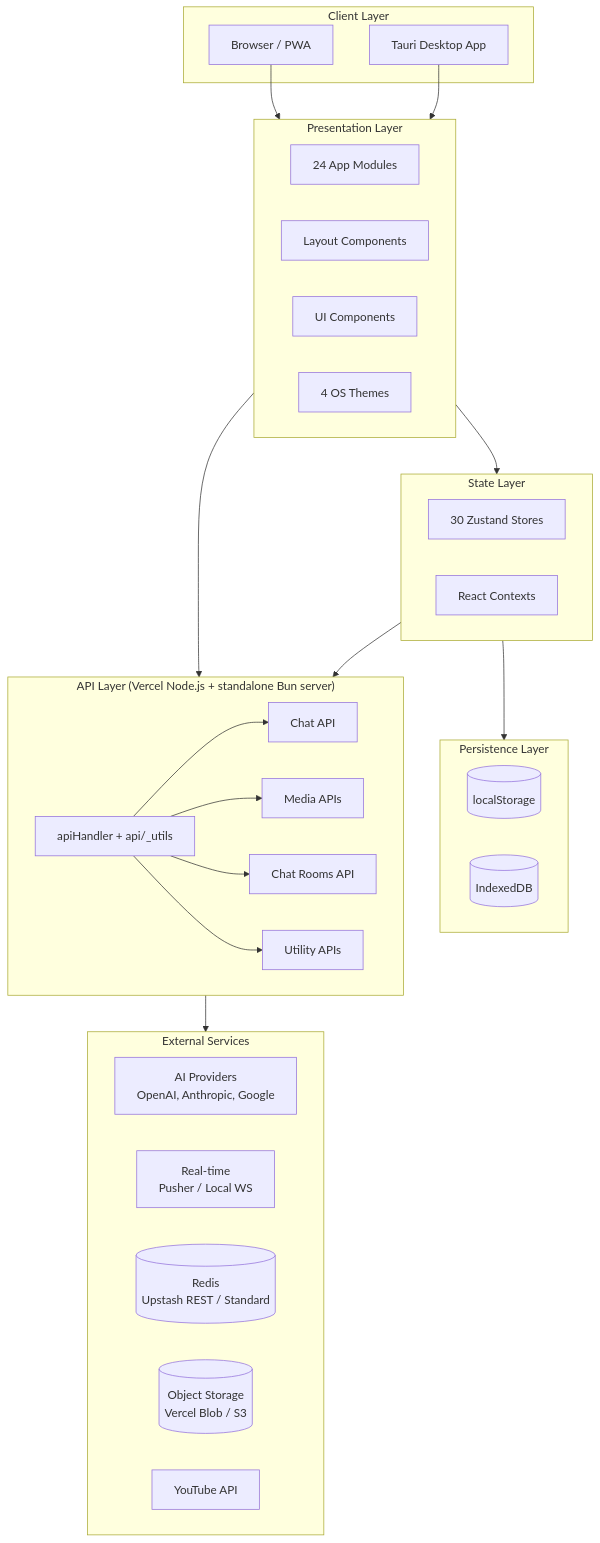
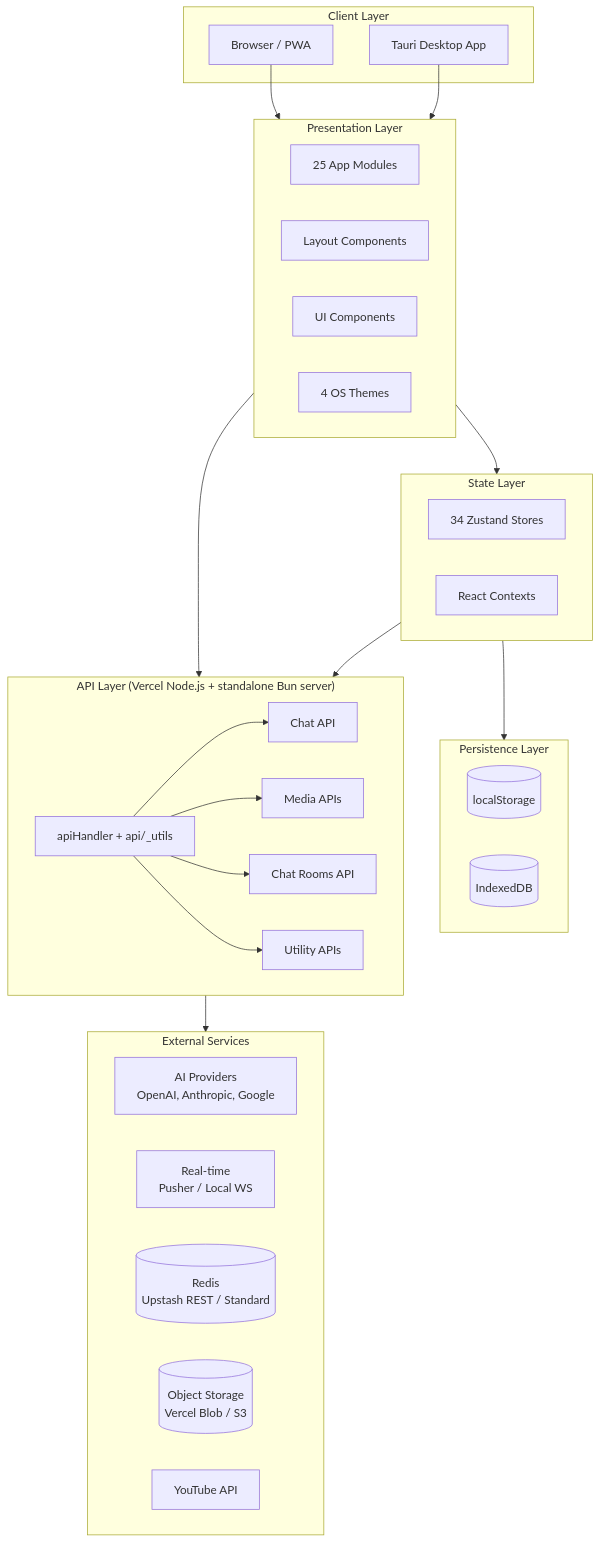
One commit to ryokun6/ryos changed the first of 6 diagrams in docs/1.1-architecture.md. Above: the diagram before and after it, drawn with Mermaid. The commit also changed 13 other files, not shown here.

````diff
--- a/docs/1.1-architecture.md
+++ b/docs/1.1-architecture.md
@@ -7,52 +7,52 @@
 ```mermaid
 graph TB
     subgraph Client["Client Layer"]
         Browser[Browser / PWA]
         Desktop[Tauri Desktop App]
     end
     
     subgraph Presentation["Presentation Layer"]
-        Apps[24 App Modules]
+        Apps[25 App Modules]
         Layout[Layout Components]
         UI[UI Components]
         Themes[4 OS Themes]
     end
     
     subgraph State["State Layer"]
-        Zustand[30 Zustand Stores]
+        Zustand[34 Zustand Stores]
         Contexts[React Contexts]
     end
     
     subgraph Persistence["Persistence Layer"]
         LocalStorage[(localStorage)]
         IndexedDB[(IndexedDB)]
     end
     
     subgraph API["API Layer (Vercel Node.js + standalone Bun server)"]
         Shared[apiHandler + api/_utils]
         Chat[Chat API]
         Media[Media APIs]
         Rooms[Chat Rooms API]
         Utility[Utility APIs]
     end
     
     subgraph External["External Services"]
         AI[AI Providers<br/>OpenAI, Anthropic, Google]
         Realtime[Real-time<br/>Pusher / Local WS]
         Redis[(Redis<br/>Upstash REST / Standard)]
         ObjectStorage[(Object Storage<br/>Vercel Blob / S3)]
         YouTube[YouTube API]
     end
     
     Browser --> Presentation
     Desktop --> Presentation
     Presentation --> State
     State --> Persistence
     Presentation --> API
     Shared --> Chat
     Shared --> Media
     Shared --> Rooms
     Shared --> Utility
     API --> External
     State --> API
 ```
````
